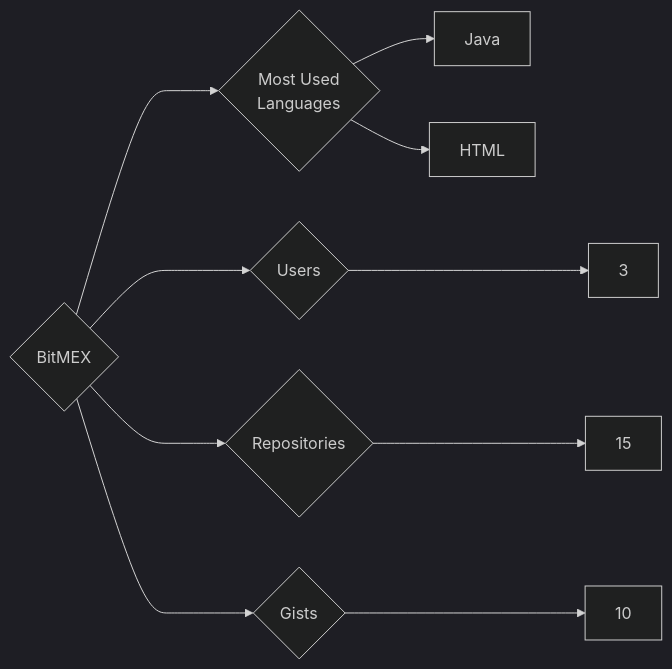
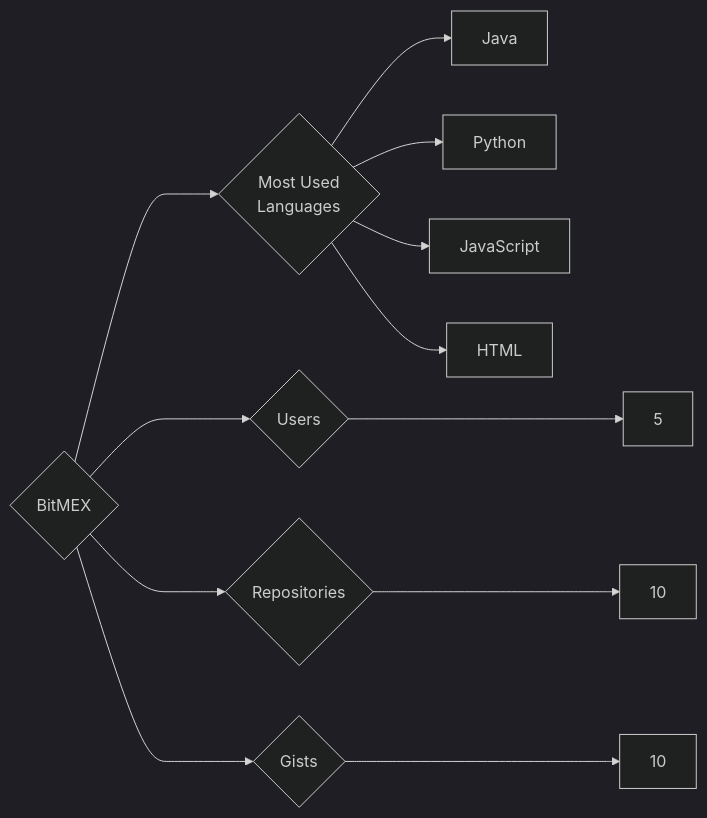
One commit to trickest/insiders changed the diagram in targets/BitMEX/README.md. Above: the diagram before and after it, drawn with Mermaid (dark theme). The commit also changed 1030 other files, not shown here.

````diff
--- a/targets/BitMEX/README.md
+++ b/targets/BitMEX/README.md
@@ -3,10 +3,12 @@
 ```mermaid
 graph LR
 COMPANY_NAME{BitMEX}
-COMPANY_NAME ---> U{Users} ---> UN[3]
-COMPANY_NAME ---> R{Repositories} ---> RN[15]
+COMPANY_NAME ---> U{Users} ---> UN[5]
+COMPANY_NAME ---> R{Repositories} ---> RN[10]
 COMPANY_NAME ---> G{Gists} ---> GN[10]
 COMPANY_NAME ---> ML{Most Used<br>Languages}
 ML --> Java[Java]
+ML --> Python[Python]
+ML --> JavaScript[JavaScript]
 ML --> HTML[HTML]
 ```
````
